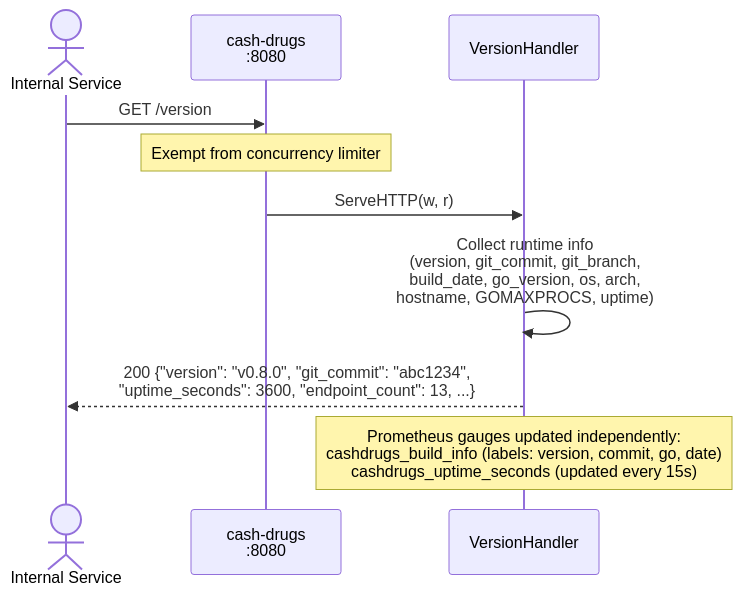
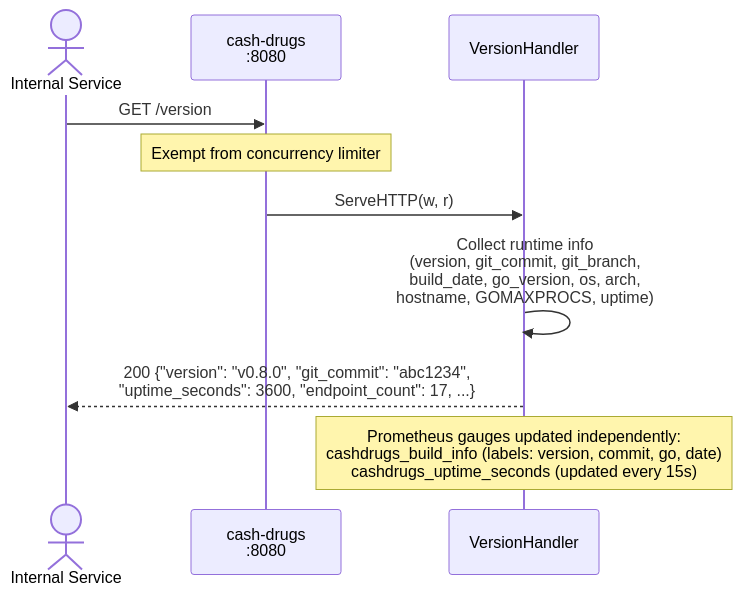
Before and after one commit to finish06/cash-drugs: diagram 13 of 16 in docs/sequence-diagram.md, drawn with Mermaid. The commit also changed other lines of this file and 5 other files, not shown here.

First line of the commit message:
docs: Grafana build panels, RxNorm diagrams, Dockerfile git fix, M10 learnings

````diff
--- a/docs/sequence-diagram.md
+++ b/docs/sequence-diagram.md
@@ -481,14 +481,14 @@
 ```mermaid
 sequenceDiagram
     actor Client as Internal Service
     participant GW as cash-drugs<br/>:8080
     participant VH as VersionHandler
 
     Client->>GW: GET /version
     Note over GW: Exempt from concurrency limiter
     GW->>VH: ServeHTTP(w, r)
     VH->>VH: Collect runtime info<br/>(version, git_commit, git_branch,<br/>build_date, go_version, os, arch,<br/>hostname, GOMAXPROCS, uptime)
-    VH-->>Client: 200 {"version": "v0.8.0", "git_commit": "abc1234",<br/>"uptime_seconds": 3600, "endpoint_count": 13, ...}
+    VH-->>Client: 200 {"version": "v0.8.0", "git_commit": "abc1234",<br/>"uptime_seconds": 3600, "endpoint_count": 17, ...}
 
     Note over VH: Prometheus gauges updated independently:<br/>cashdrugs_build_info (labels: version, commit, go, date)<br/>cashdrugs_uptime_seconds (updated every 15s)
 ```
````
